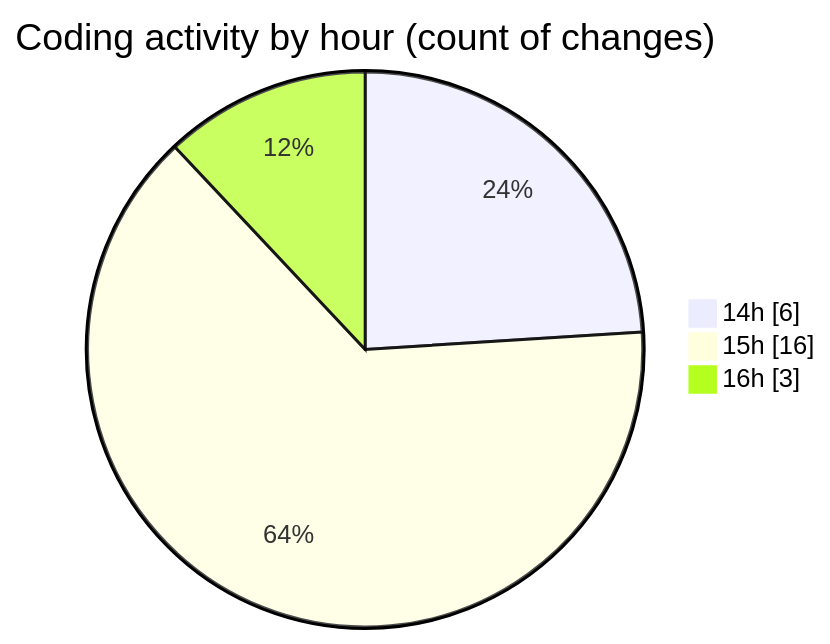
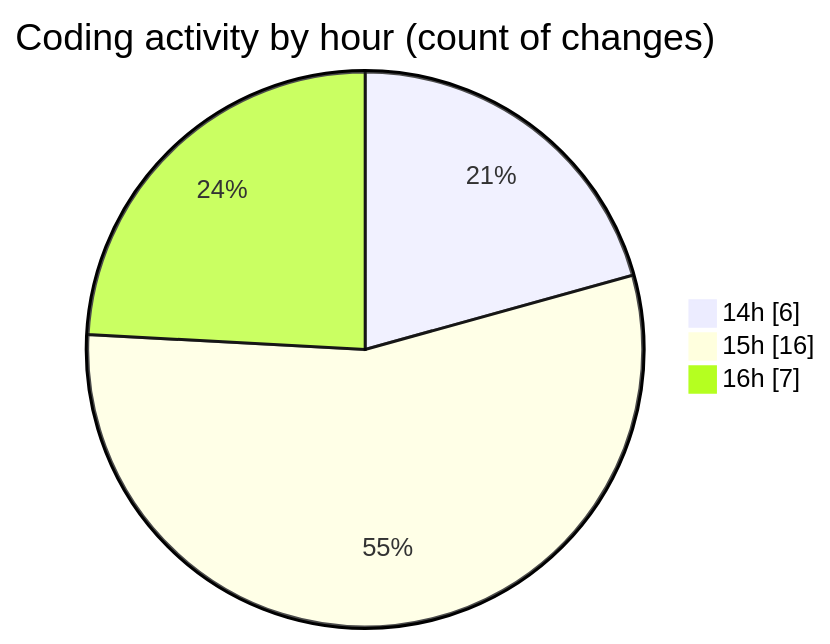
Before and after one commit to debugP/code-tracking: the second of 2 diagrams in 2026-07-31/untitled__workspace_/README.md, drawn with Mermaid. The commit also changed other lines of this file and 1 other file, not shown here.

````diff
--- a/2026-07-31/untitled__workspace_/README.md
+++ b/2026-07-31/untitled__workspace_/README.md
@@ -35,7 +36,7 @@
 ```mermaid
 pie showData
 title Coding activity by hour (count of changes)
 "14h" : 6
 "15h" : 16
-"16h" : 3
+"16h" : 7
 ```
````
